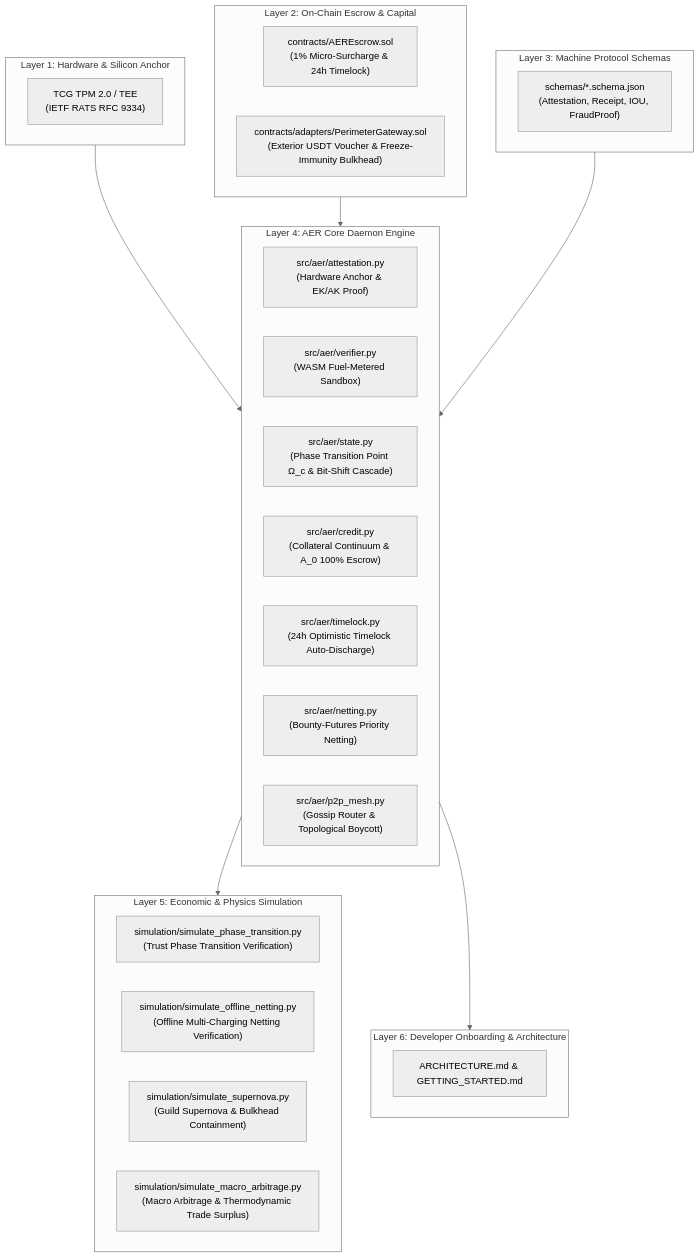
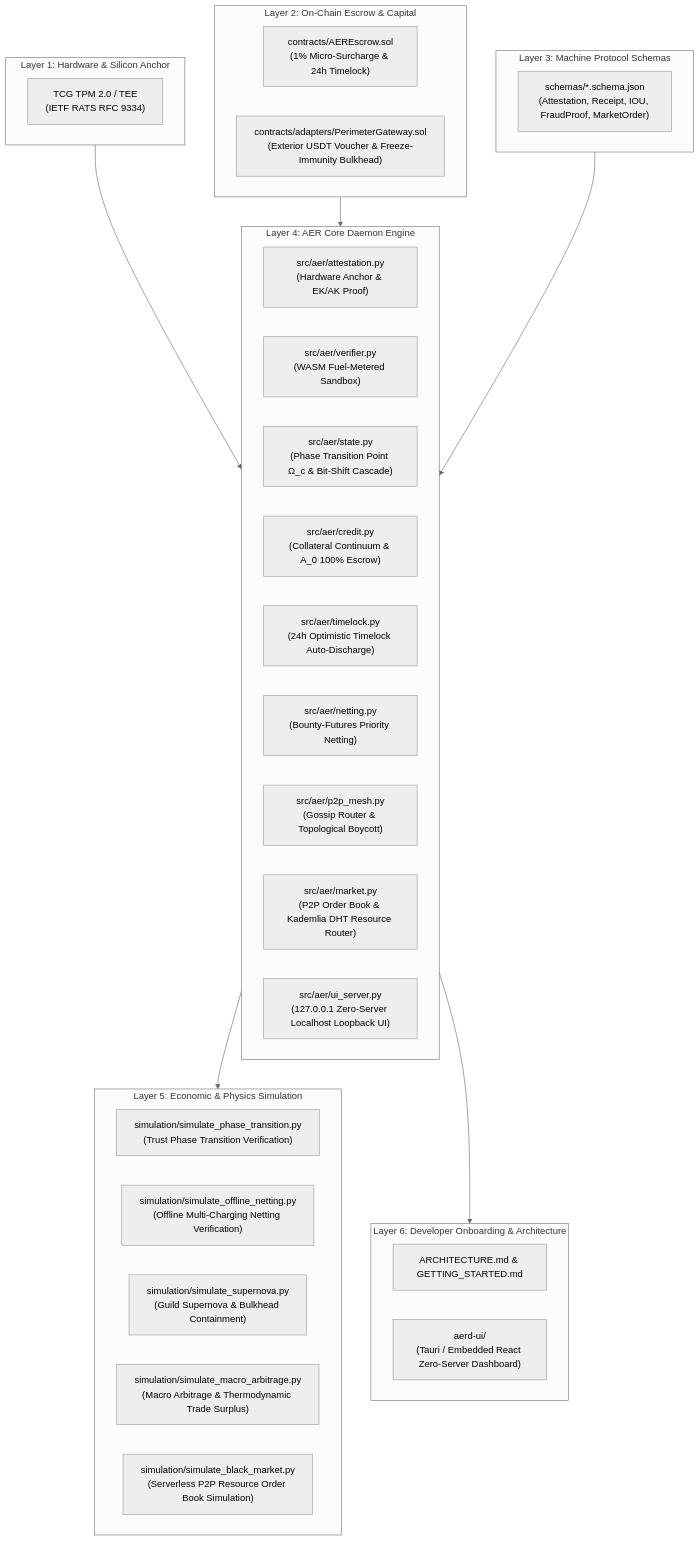
One commit to Team-Sequence-Thaumaturge/AER changed the diagram in ROADMAP.md. Above: the diagram before and after it, drawn with Mermaid (neutral theme). The commit also changed other lines of this file and 5 other files, not shown here.

````diff
--- a/ROADMAP.md
+++ b/ROADMAP.md
@@ -8,42 +8,46 @@
 ```mermaid
 graph TD
     subgraph Layer1 [Layer 1: Hardware & Silicon Anchor]
         TPM["TCG TPM 2.0 / TEE<br/>(IETF RATS RFC 9334)"]
     end
 
     subgraph Layer2 [Layer 2: On-Chain Escrow & Capital]
         Escrow["contracts/AEREscrow.sol<br/>(1% Micro-Surcharge & 24h Timelock)"]
         Gateway["contracts/adapters/PerimeterGateway.sol<br/>(Exterior USDT Voucher & Freeze-Immunity Bulkhead)"]
     end
 
     subgraph Layer3 [Layer 3: Machine Protocol Schemas]
-        Schemas["schemas/*.schema.json<br/>(Attestation, Receipt, IOU, FraudProof)"]
+        Schemas["schemas/*.schema.json<br/>(Attestation, Receipt, IOU, FraudProof, MarketOrder)"]
     end
 
     subgraph Layer4 [Layer 4: AER Core Daemon Engine]
         Attest["src/aer/attestation.py<br/>(Hardware Anchor & EK/AK Proof)"]
         Verify["src/aer/verifier.py<br/>(WASM Fuel-Metered Sandbox)"]
         State["src/aer/state.py<br/>(Phase Transition Point Ω_c & Bit-Shift Cascade)"]
         Credit["src/aer/credit.py<br/>(Collateral Continuum & A_0 100% Escrow)"]
         Timelock["src/aer/timelock.py<br/>(24h Optimistic Timelock Auto-Discharge)"]
         Netting["src/aer/netting.py<br/>(Bounty-Futures Priority Netting)"]
         Mesh["src/aer/p2p_mesh.py<br/>(Gossip Router & Topological Boycott)"]
+        Market["src/aer/market.py<br/>(P2P Order Book & Kademlia DHT Resource Router)"]
+        UIServer["src/aer/ui_server.py<br/>(127.0.0.1 Zero-Server Localhost Loopback UI)"]
     end
 
     subgraph Layer5 [Layer 5: Economic & Physics Simulation]
         SimPhase["simulation/simulate_phase_transition.py<br/>(Trust Phase Transition Verification)"]
         SimNet["simulation/simulate_offline_netting.py<br/>(Offline Multi-Charging Netting Verification)"]
         SimSuper["simulation/simulate_supernova.py<br/>(Guild Supernova & Bulkhead Containment)"]
         SimMacro["simulation/simulate_macro_arbitrage.py<br/>(Macro Arbitrage & Thermodynamic Trade Surplus)"]
+        SimMarket["simulation/simulate_black_market.py<br/>(Serverless P2P Resource Order Book Simulation)"]
     end
 
     subgraph Layer6 [Layer 6: Developer Onboarding & Architecture]
         Docs["ARCHITECTURE.md & GETTING_STARTED.md"]
+        AERStation["aerd-ui/<br/>(Tauri / Embedded React Zero-Server Dashboard)"]
     end
 
     Layer1 --> Layer4
     Layer2 --> Layer4
     Layer3 --> Layer4
     Layer4 --> Layer5
     Layer4 --> Layer6
 ```
````
